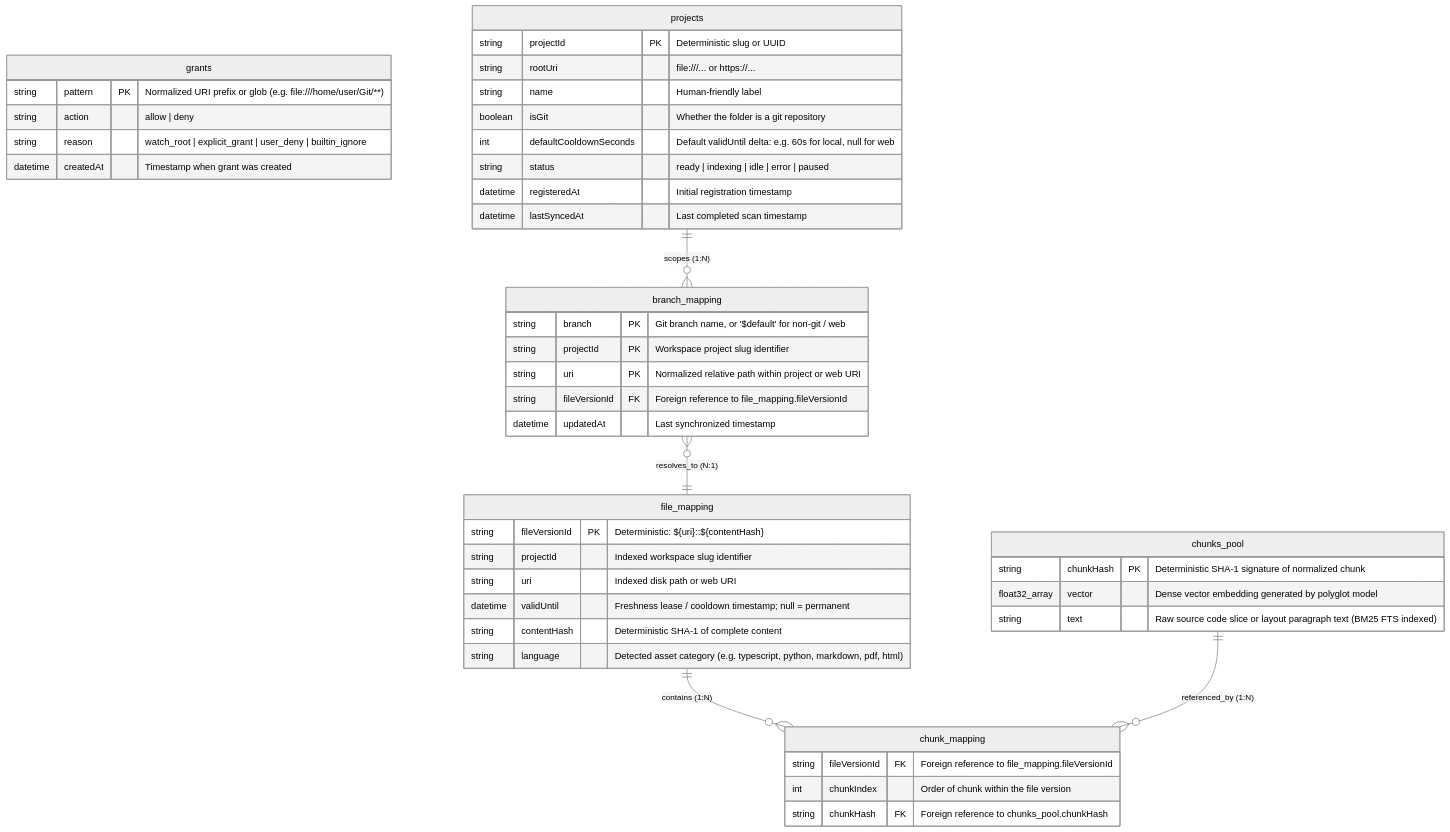
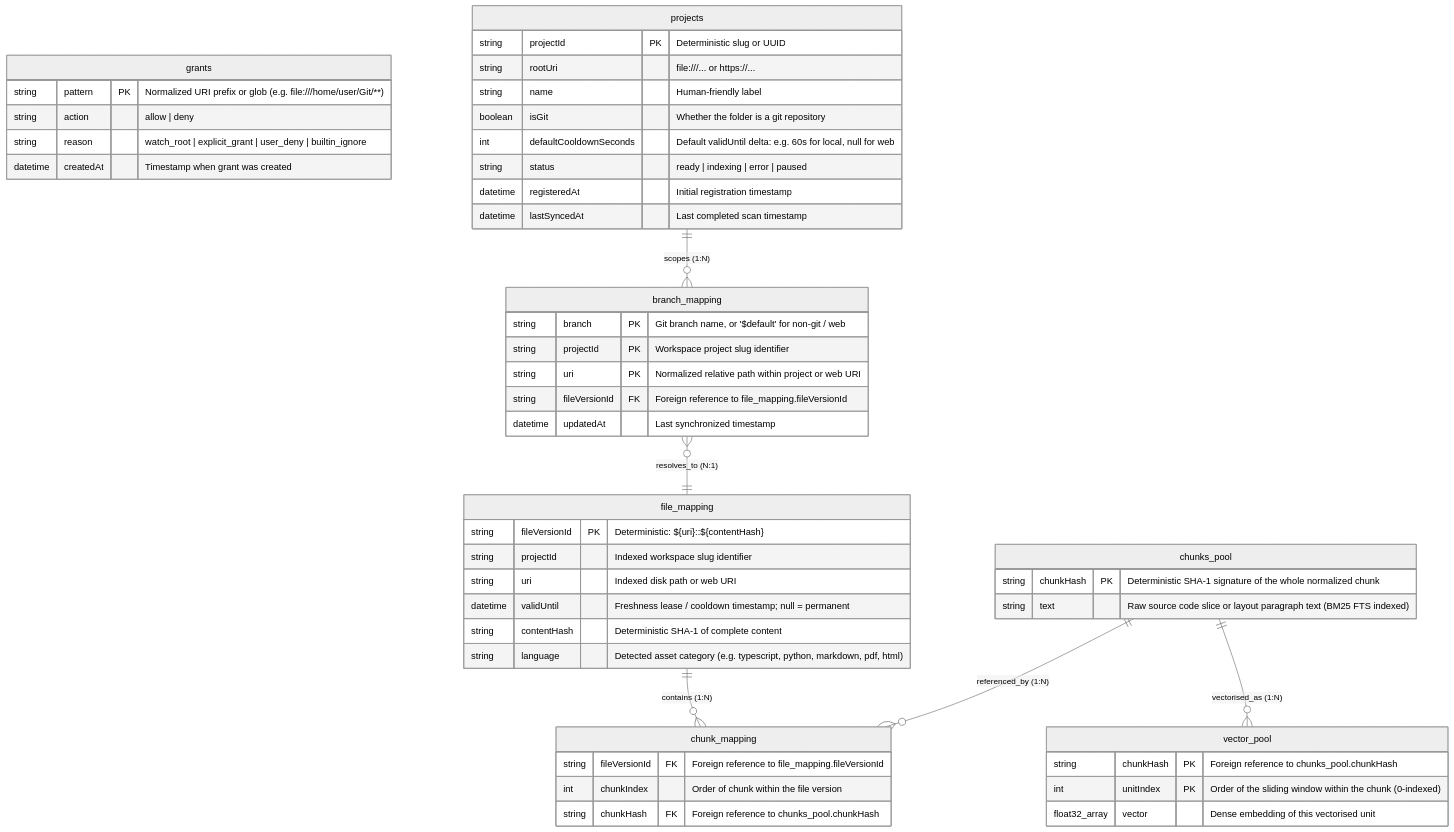
One commit to ai4ci/prag changed the diagram in design/resources/storage-schema.md. Above: the diagram before and after it, drawn with Mermaid (neutral theme). The commit also changed other lines of this file and 60 other files, not shown here.

````diff
--- a/design/resources/storage-schema.md
+++ b/design/resources/storage-schema.md
@@ -9,55 +18,61 @@
 ```mermaid
 erDiagram
     grants
     projects ||--o{ branch_mapping : "scopes (1:N)"
     branch_mapping }o--|| file_mapping : "resolves_to (N:1)"
     file_mapping ||--o{ chunk_mapping : "contains (1:N)"
     chunks_pool ||--o{ chunk_mapping : "referenced_by (1:N)"
+    chunks_pool ||--o{ vector_pool : "vectorised_as (1:N)"
 
     grants {
         string pattern PK "Normalized URI prefix or glob (e.g. file:///home/user/Git/**)"
         string action "allow | deny"
         string reason "watch_root | explicit_grant | user_deny | builtin_ignore"
         datetime createdAt "Timestamp when grant was created"
     }
 
     projects {
         string projectId PK "Deterministic slug or UUID"
         string rootUri "file:///... or https://..."
         string name "Human-friendly label"
         boolean isGit "Whether the folder is a git repository"
         int defaultCooldownSeconds "Default validUntil delta: e.g. 60s for local, null for web"
-        string status "ready | indexing | idle | error | paused"
+        string status "ready | indexing | error | paused"
         datetime registeredAt "Initial registration timestamp"
         datetime lastSyncedAt "Last completed scan timestamp"
     }
 
     branch_mapping {
         string branch PK "Git branch name, or '$default' for non-git / web"
         string projectId PK "Workspace project slug identifier"
         string uri PK "Normalized relative path within project or web URI"
         string fileVersionId FK "Foreign reference to file_mapping.fileVersionId"
         datetime updatedAt "Last synchronized timestamp"
     }
 
     file_mapping {
         string fileVersionId PK "Deterministic: ${uri}::${contentHash}"
         string projectId "Indexed workspace slug identifier"
         string uri "Indexed disk path or web URI"
         datetime validUntil "Freshness lease / cooldown timestamp; null = permanent"
         string contentHash "Deterministic SHA-1 of complete content"
         string language "Detected asset category (e.g. typescript, python, markdown, pdf, html)"
     }
 
     chunk_mapping {
         string fileVersionId FK "Foreign reference to file_mapping.fileVersionId"
         int chunkIndex "Order of chunk within the file version"
         string chunkHash FK "Foreign reference to chunks_pool.chunkHash"
     }
 
     chunks_pool {
-        string chunkHash PK "Deterministic SHA-1 signature of normalized chunk"
-        float32_array vector "Dense vector embedding generated by polyglot model"
+        string chunkHash PK "Deterministic SHA-1 signature of the whole normalized chunk"
         string text "Raw source code slice or layout paragraph text (BM25 FTS indexed)"
     }
+
+    vector_pool {
+        string chunkHash PK "Foreign reference to chunks_pool.chunkHash"
+        int unitIndex PK "Order of the sliding window within the chunk (0-indexed)"
+        float32_array vector "Dense embedding of this vectorised unit"
+    }
 ```
````
